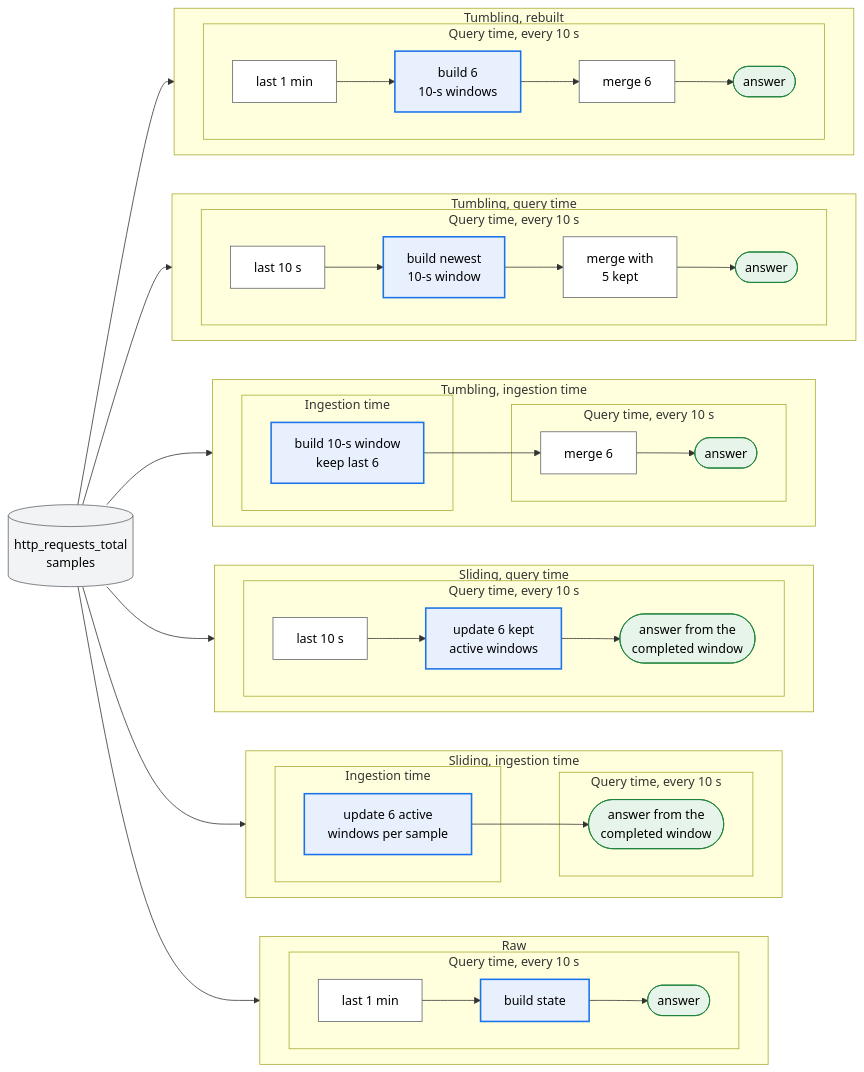
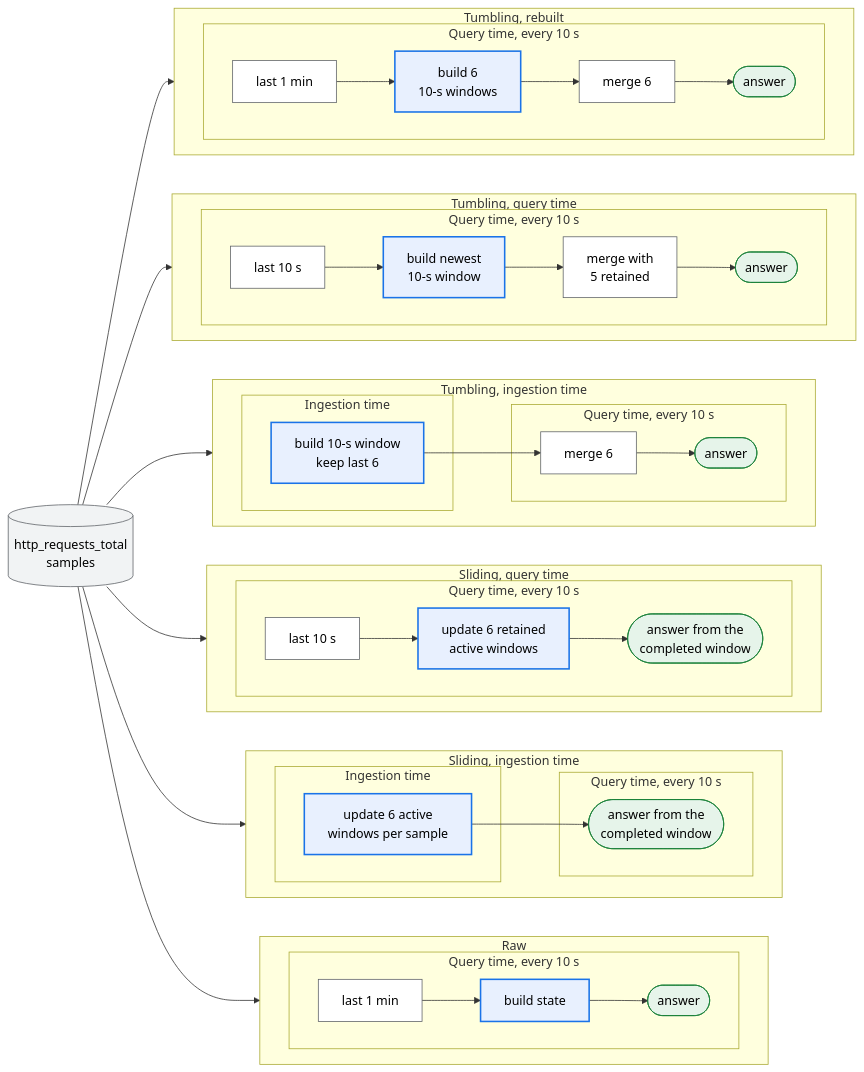
Before and after one commit to ProjectASAP/ASAPPlanner: the tenth of 16 diagrams in docs/design_docs/proposals/planner-layering.md, drawn with Mermaid. The commit also changed other lines of this file and 119 other files, not shown here.

````diff
--- a/docs/design_docs/proposals/planner-layering.md
+++ b/docs/design_docs/proposals/planner-layering.md
@@ -1489,65 +1489,65 @@
 ```mermaid
 flowchart LR
   in[("http_requests_total<br/>samples")]:::data
 
   subgraph R["Raw"]
     direction LR
     subgraph RQ["Query time, every 10 s"]
       r1["last 1 min"]:::exact --> r2["build state"]:::summary --> r3(["answer"]):::estimate
     end
   end
 
   subgraph SI["Sliding, ingestion time"]
     direction LR
     subgraph SII["Ingestion time"]
       s1["update 6 active<br/>windows per sample"]:::summary
     end
     subgraph SIQ["Query time, every 10 s"]
       s2(["answer from the<br/>completed window"]):::estimate
     end
     s1 --> s2
   end
 
   subgraph SQ["Sliding, query time"]
     direction LR
     subgraph SQQ["Query time, every 10 s"]
-      t1["last 10 s"]:::exact --> t2["update 6 kept<br/>active windows"]:::summary --> t3(["answer from the<br/>completed window"]):::estimate
+      t1["last 10 s"]:::exact --> t2["update 6 retained<br/>active windows"]:::summary --> t3(["answer from the<br/>completed window"]):::estimate
     end
   end
 
   subgraph TI["Tumbling, ingestion time"]
     direction LR
     subgraph TII["Ingestion time"]
       u1["build 10-s window<br/>keep last 6"]:::summary
     end
     subgraph TIQ["Query time, every 10 s"]
       u2["merge 6"]:::exact --> u3(["answer"]):::estimate
     end
     u1 --> u2
   end
 
   subgraph TQ["Tumbling, query time"]
     direction LR
     subgraph TQQ["Query time, every 10 s"]
-      v1["last 10 s"]:::exact --> v2["build newest<br/>10-s window"]:::summary --> v3["merge with<br/>5 kept"]:::exact --> v4(["answer"]):::estimate
+      v1["last 10 s"]:::exact --> v2["build newest<br/>10-s window"]:::summary --> v3["merge with<br/>5 retained"]:::exact --> v4(["answer"]):::estimate
     end
   end
 
   subgraph TR["Tumbling, rebuilt"]
     direction LR
     subgraph TRQ["Query time, every 10 s"]
       w1["last 1 min"]:::exact --> w2["build 6<br/>10-s windows"]:::summary --> w3["merge 6"]:::exact --> w4(["answer"]):::estimate
     end
   end
 
   in --> r1
   in --> s1
   in --> t1
   in --> u1
   in --> v1
   in --> w1
   classDef data fill:#f1f3f4,stroke:#5f6368,color:#000;
   classDef exact fill:#fff,stroke:#5f6368,color:#000;
   classDef summary fill:#e8f0fe,stroke:#1a73e8,stroke-width:2px,color:#000;
   classDef estimate fill:#e6f4ea,stroke:#188038,color:#000;
 ```
````
